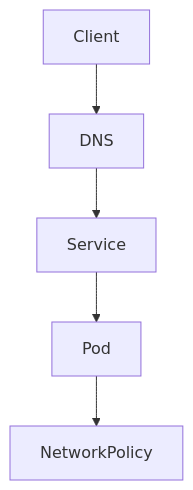
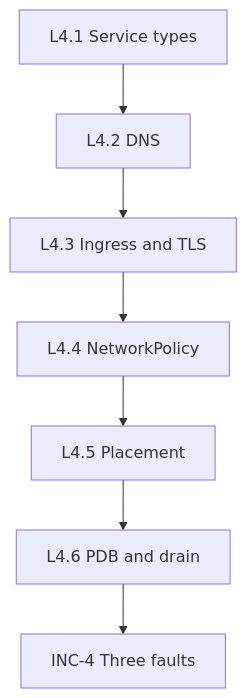
Before and after one commit to kumbulanit/kubernetescompr: the diagram in days/day4/labs/README.md, drawn with Mermaid. The commit also changed other lines of this file and 26 other files, not shown here.

````diff
--- a/days/day4/labs/README.md
+++ b/days/day4/labs/README.md
@@ -32,7 +9,9 @@
 ```mermaid
 flowchart TD
-  Client[Client] --> DNS[DNS]
-  DNS --> Service[Service]
-  Service --> Pod[Pod]
-  Pod --> Policy[NetworkPolicy]
+  L41[L4.1 Service types] --> L42[L4.2 DNS]
+  L42 --> L43[L4.3 Ingress and TLS]
+  L43 --> L44[L4.4 NetworkPolicy]
+  L44 --> L45[L4.5 Placement]
+  L45 --> L46[L4.6 PDB and drain]
+  L46 --> INC4[INC-4 Three faults]
 ```
````
